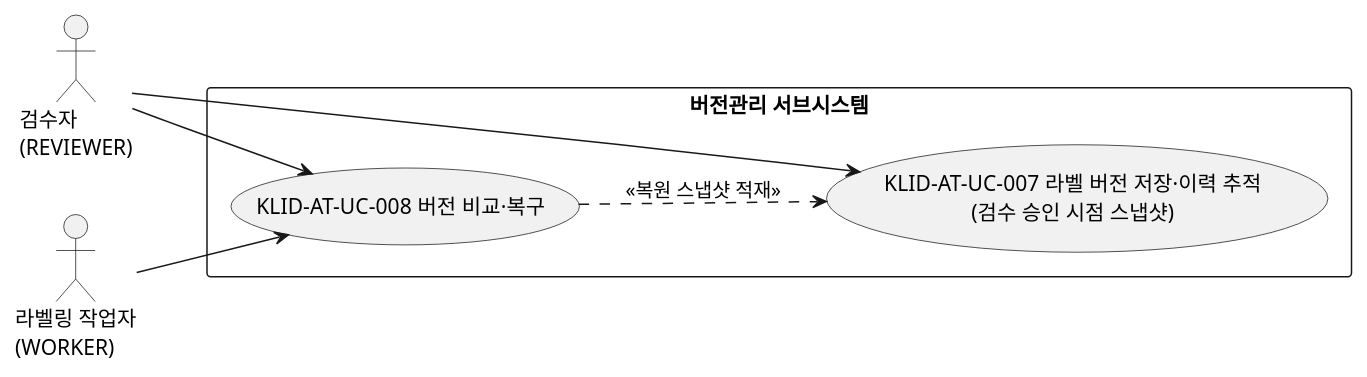
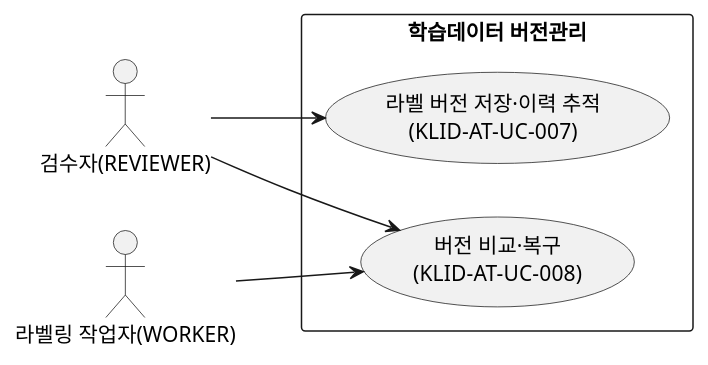
Before and after one commit to New-stella/klid-label: the third of 5 diagrams in docs/design/R2-유스케이스명세서.md, drawn with PlantUML. The commit also changed other lines of this file, not shown here.

````diff
--- a/docs/design/R2-유스케이스명세서.md
+++ b/docs/design/R2-유스케이스명세서.md
@@ -103,17 +92,14 @@
 ```plantuml
 @startuml
 left to right direction
-actor "검수자\n(REVIEWER)" as REVIEWER
-actor "라벨링 작업자\n(WORKER)" as WORKER
-
-rectangle "버전관리 서브시스템" {
-  usecase "KLID-AT-UC-007 라벨 버전 저장·이력 추적\n(검수 승인 시점 스냅샷)" as UC007
-  usecase "KLID-AT-UC-008 버전 비교·복구" as UC008
+actor "검수자(REVIEWER)" as REV
+actor "라벨링 작업자(WORKER)" as WK
+rectangle "학습데이터 버전관리" {
+  usecase "라벨 버전 저장·이력 추적\n(KLID-AT-UC-007)" as UC7
+  usecase "버전 비교·복구\n(KLID-AT-UC-008)" as UC8
 }
-
-REVIEWER --> UC007
-REVIEWER --> UC008
-WORKER --> UC008
-UC008 ..> UC007 : <<복원 스냅샷 적재>>
+REV --> UC7
+REV --> UC8
+WK --> UC8
 @enduml
 ```
````
